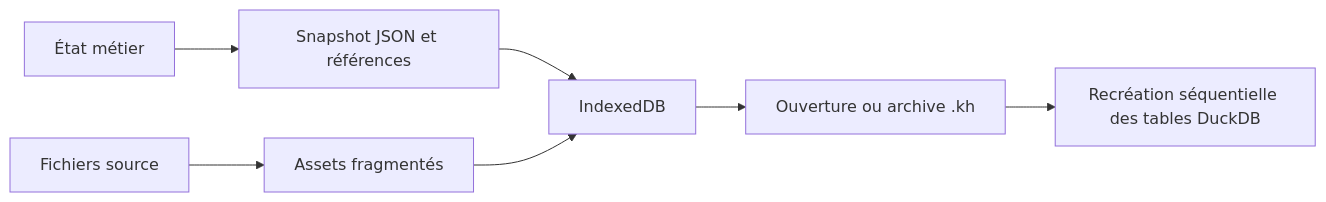
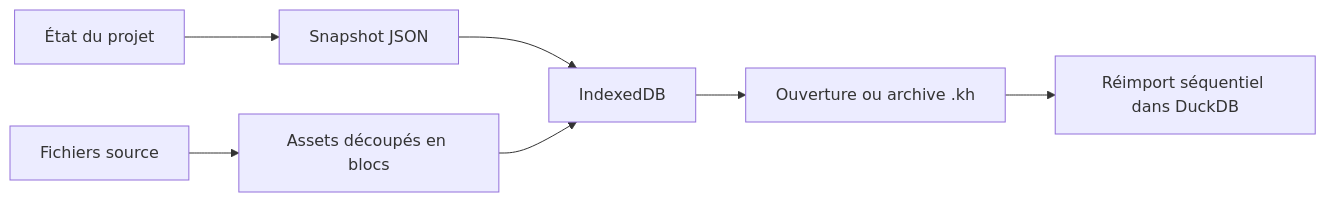
One commit to AtelierCartographie/khartis-v3 changed the third of 3 diagrams in docs/ARCHITECTURE.md. Above: the diagram before and after it, drawn with Mermaid. The commit also changed other lines of this file and 18 other files, not shown here.

Commit message:
docs: clean up contributor and architecture documentation

````diff
--- a/docs/ARCHITECTURE.md
+++ b/docs/ARCHITECTURE.md
@@ -94,9 +99,9 @@
 ```mermaid
 flowchart LR
-  A[État métier] --> B[Snapshot JSON et références]
+  A[État du projet] --> B[Snapshot JSON]
   B --> C[IndexedDB]
-  D[Fichiers source] --> E[Assets fragmentés]
+  D[Fichiers source] --> E[Assets découpés en blocs]
   E --> C
   C --> F[Ouverture ou archive .kh]
-  F --> G[Recréation séquentielle des tables DuckDB]
+  F --> G[Réimport séquentiel dans DuckDB]
 ```
````
